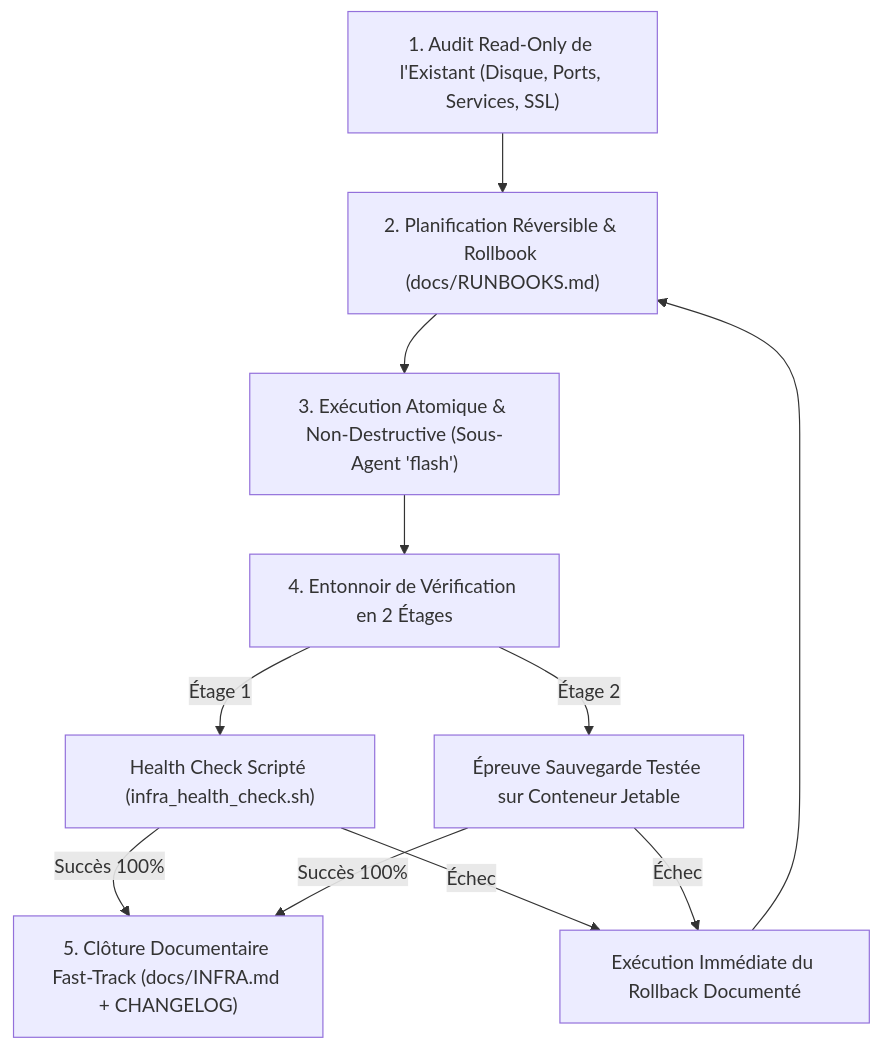
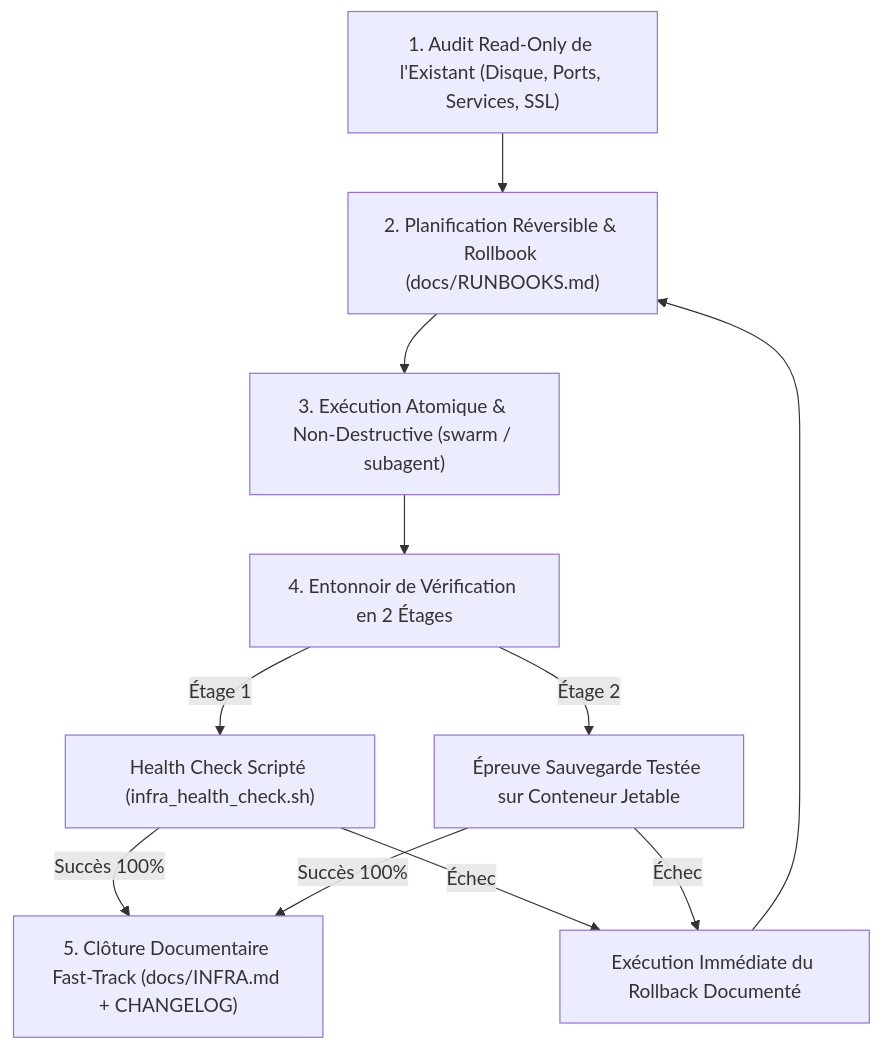
One commit to alexsan-dev/san_agy_framework changed the first of 3 diagrams in skills/san_devops_expert.md. Above: the diagram before and after it, drawn with Mermaid. The commit also changed other lines of this file and 69 other files, not shown here.

````diff
--- a/skills/san_devops_expert.md
+++ b/skills/san_devops_expert.md
@@ -116,11 +124,11 @@
 ```mermaid
 flowchart TD
     A["1. Audit Read-Only de l'Existant (Disque, Ports, Services, SSL)"] --> B["2. Planification Réversible & Rollbook (docs/RUNBOOKS.md)"]
-    B --> C["3. Exécution Atomique & Non-Destructive (Sous-Agent 'flash')"]
+    B --> C["3. Exécution Atomique & Non-Destructive (swarm / subagent)"]
     C --> D["4. Entonnoir de Vérification en 2 Étages"]
     D -->|Étage 1| E["Health Check Scripté (infra_health_check.sh)"]
     D -->|Étage 2| F["Épreuve Sauvegarde Testée sur Conteneur Jetable"]
     E & F -->|Succès 100%| G["5. Clôture Documentaire Fast-Track (docs/INFRA.md + CHANGELOG)"]
     E & F -->|Échec| H["Exécution Immédiate du Rollback Documenté"]
     H --> B
 ```
````
